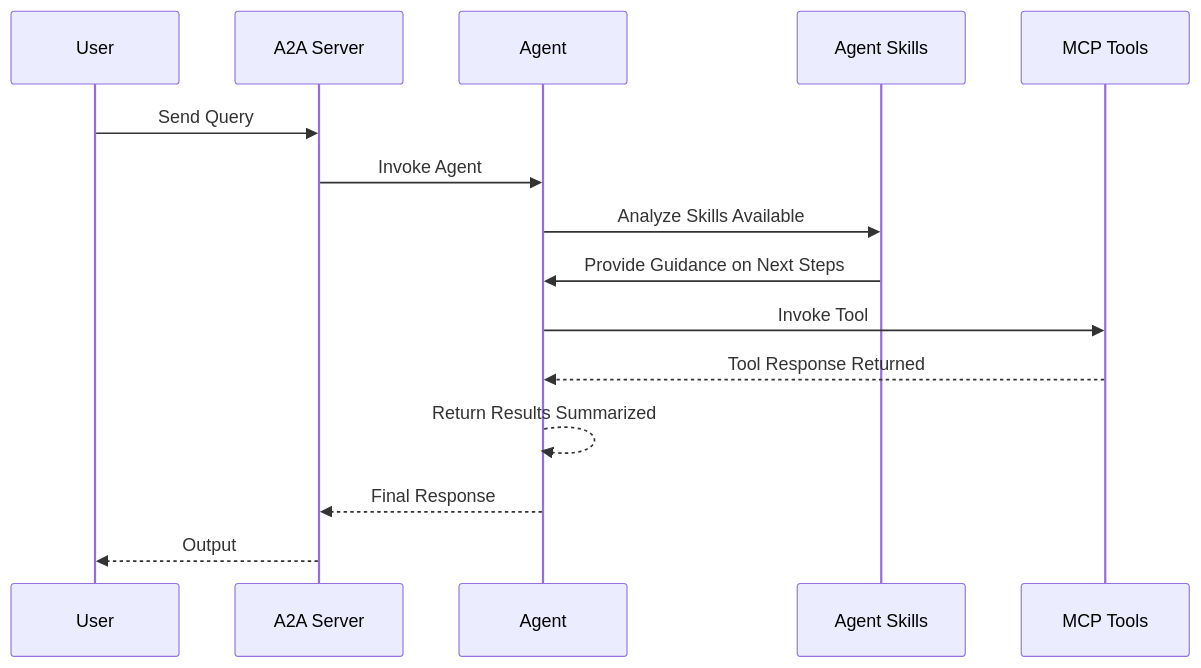
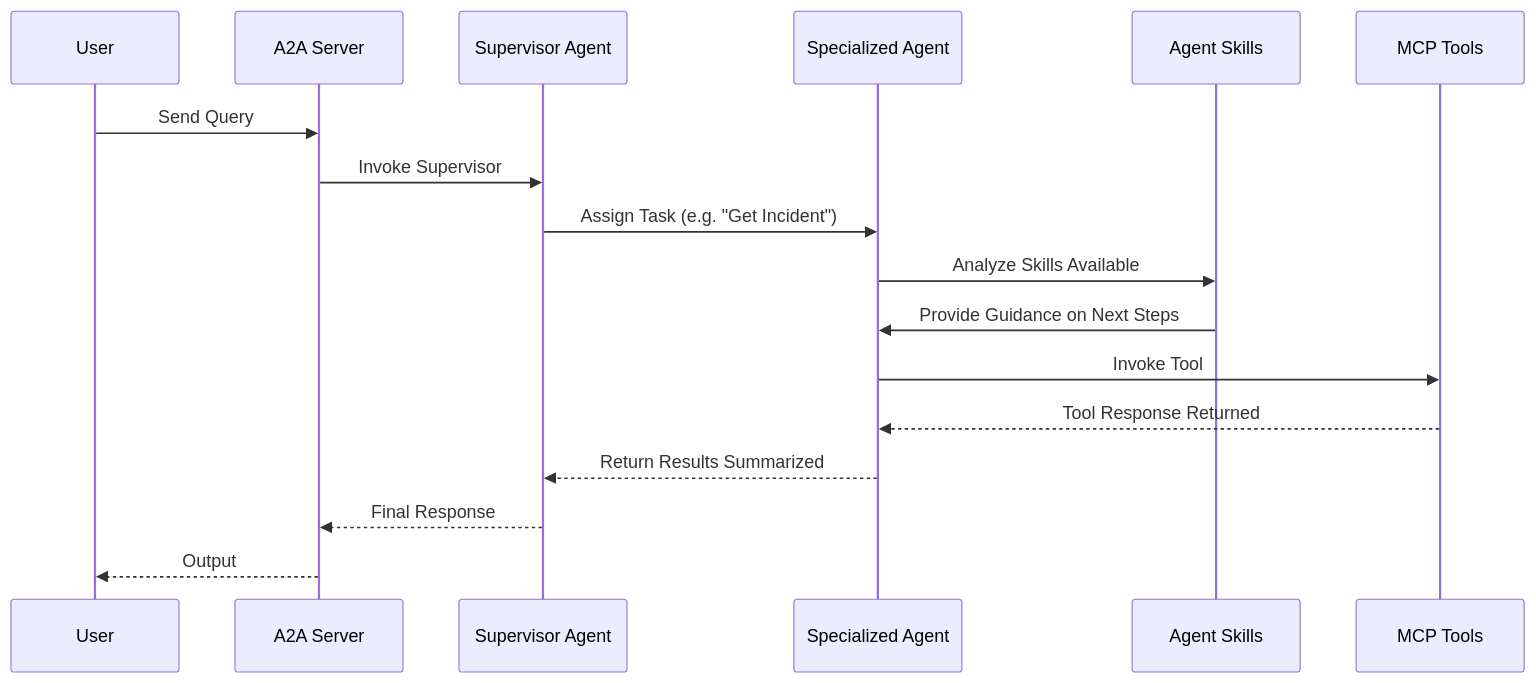
Before and after one commit to Knuckles-Team/servicenow-api: the second of 2 diagrams in README.md, drawn with Mermaid. The commit also changed other lines of this file and 4 other files, not shown here.

````diff
--- a/README.md
+++ b/README.md
@@ -246,18 +278,20 @@
 ```mermaid
 sequenceDiagram
     participant User
     participant Server as A2A Server
-    participant Agent as Agent
+    participant Supervisor as Supervisor Agent
+    participant Agent as Specialized Agent
     participant Skill as Agent Skills
     participant MCP as MCP Tools
 
     User->>Server: Send Query
-    Server->>Agent: Invoke Agent
+    Server->>Supervisor: Invoke Supervisor
+    Supervisor->>Agent: Assign Task (e.g. "Get Incident")
     Agent->>Skill: Analyze Skills Available
     Skill->>Agent: Provide Guidance on Next Steps
     Agent->>MCP: Invoke Tool
     MCP-->>Agent: Tool Response Returned
-    Agent-->>Agent: Return Results Summarized
-    Agent-->>Server: Final Response
+    Agent-->>Supervisor: Return Results Summarized
+    Supervisor-->>Server: Final Response
     Server-->>User: Output
 ```
````
